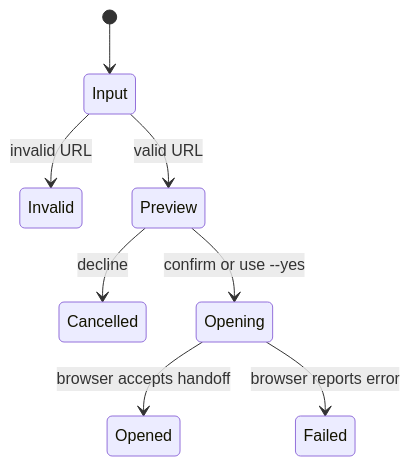
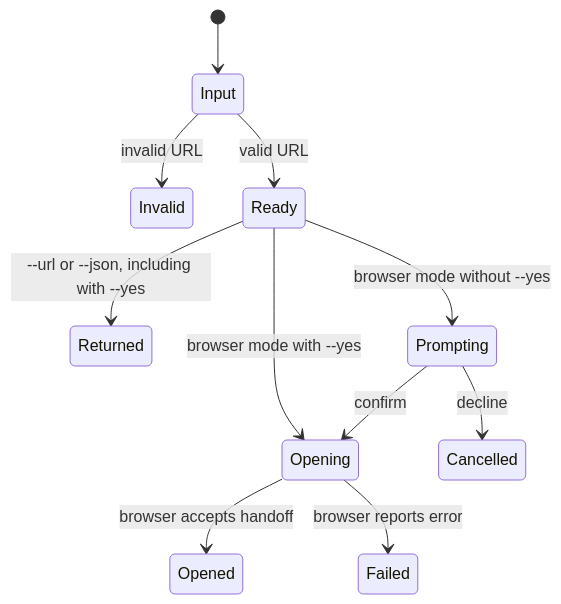
The third of 3 diagrams in models/README.md (nu-sync/wowza), drawn with Mermaid before and after one commit. The commit also changed other lines of this file and 13 other files, not shown here.

````diff
--- a/models/README.md
+++ b/models/README.md
@@ -87,10 +89,13 @@
 ```mermaid
 stateDiagram-v2
     [*] --> Input
     Input --> Invalid: invalid URL
-    Input --> Preview: valid URL
-    Preview --> Cancelled: decline
-    Preview --> Opening: confirm or use --yes
+    Input --> Ready: valid URL
+    Ready --> Returned: --url or --json, including with --yes
+    Ready --> Prompting: browser mode without --yes
+    Ready --> Opening: browser mode with --yes
+    Prompting --> Cancelled: decline
+    Prompting --> Opening: confirm
     Opening --> Opened: browser accepts handoff
     Opening --> Failed: browser reports error
 ```
````
